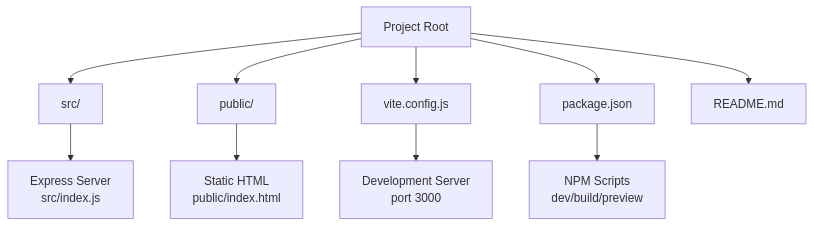
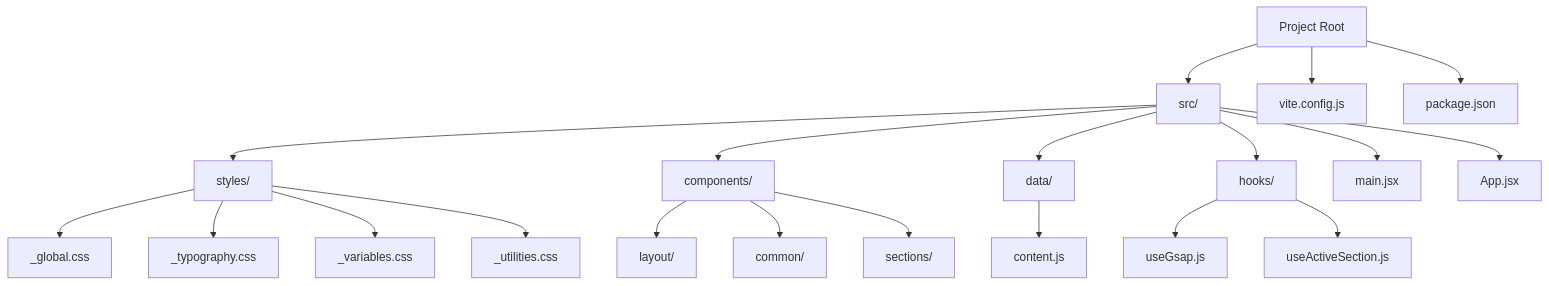
Before and after one commit to rakeshmaity271/frankie-picasso: the first of 2 diagrams in .qoder/repowiki/en/content/Project Overview.md, drawn with Mermaid. The commit also changed other lines of this file and 27 other files, not shown here.

Commit message:
Update components, styles, add SectionIndicator component

````diff
--- a/.qoder/repowiki/en/content/Project Overview.md
+++ b/.qoder/repowiki/en/content/Project Overview.md
@@ -52,18 +72,32 @@
 ```mermaid
 graph TB
 Root["Project Root"]
 Src["src/"]
-Public["public/"]
+Styles["styles/"]
+Components["components/"]
+Data["data/"]
+Hooks["hooks/"]
+Main["main.jsx"]
+App["App.jsx"]
 Vite["vite.config.js"]
 Package["package.json"]
-Readme["README.md"]
 Root --> Src
-Root --> Public
 Root --> Vite
 Root --> Package
-Root --> Readme
-Src --> ExpressServer["Express Server<br/>src/index.js"]
-Public --> HTML["Static HTML<br/>public/index.html"]
-Vite --> DevServer["Development Server<br/>port 3000"]
-Package --> Scripts["NPM Scripts<br/>dev/build/preview"]
+Src --> Main
+Src --> App
+Src --> Styles
+Src --> Components
+Src --> Data
+Src --> Hooks
+Styles --> Global["_global.css"]
+Styles --> Typography["_typography.css"]
+Styles --> Variables["_variables.css"]
+Styles --> Utilities["_utilities.css"]
+Components --> Layout["layout/"]
+Components --> Common["common/"]
+Components --> Sections["sections/"]
+Data --> Content["content.js"]
+Hooks --> GSAP["useGsap.js"]
+Hooks --> ActiveSection["useActiveSection.js"]
 ```
````
